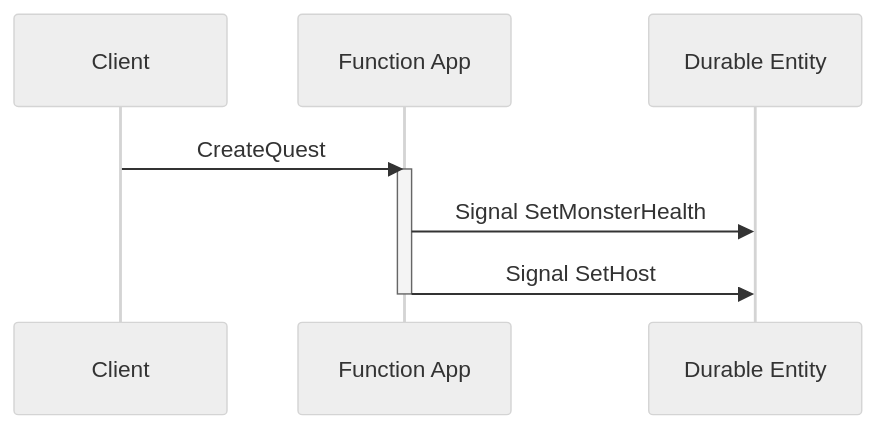
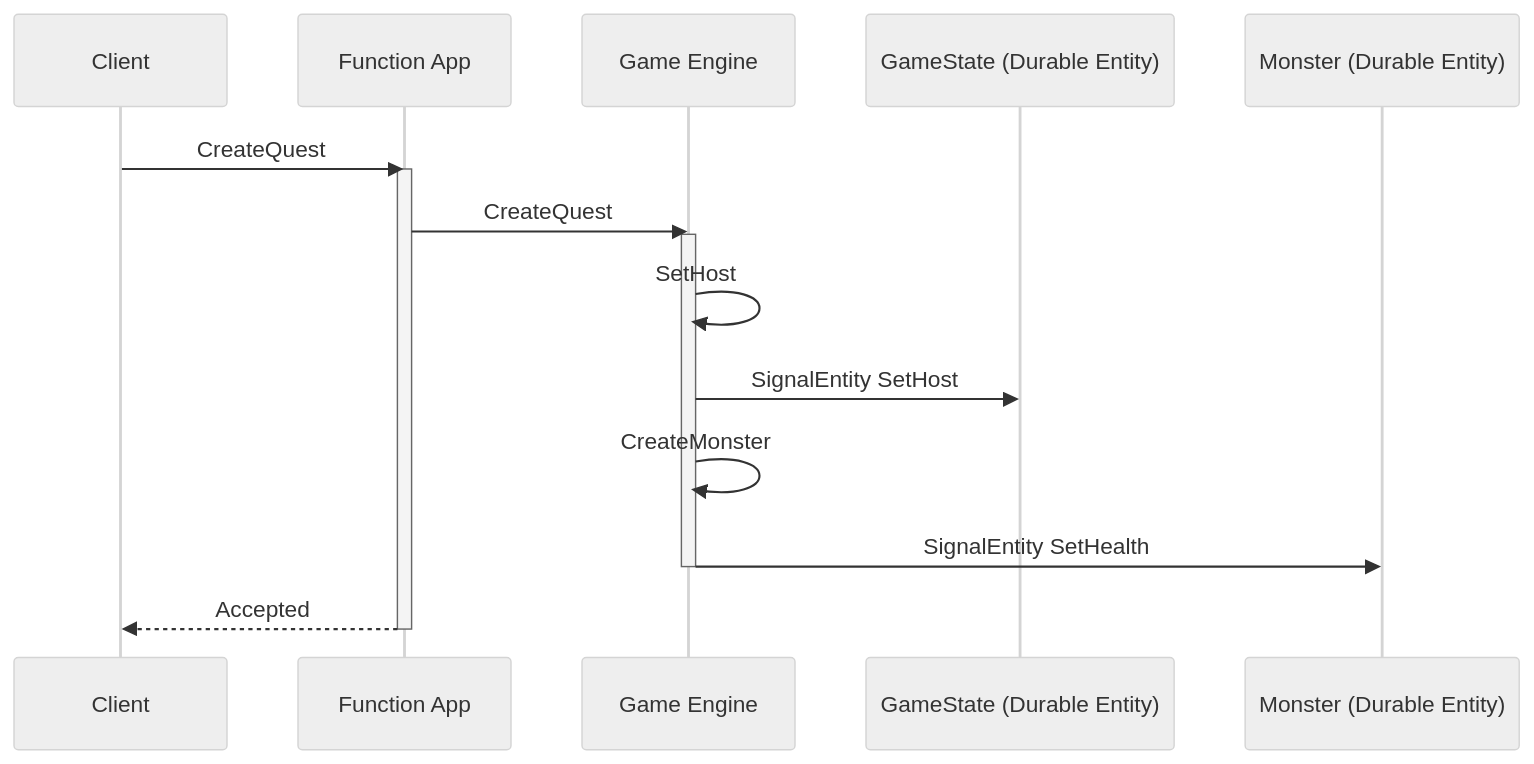
The diagram in docs/CreateQuest.mmd (ably-labs/serverless-websockets-quest), drawn with Mermaid (neutral theme) before and after one commit. The commit also changed 3 other files, not shown here.

Commit message:
Updated diagrams

```diff
--- a/docs/CreateQuest.mmd
+++ b/docs/CreateQuest.mmd
@@ -1,6 +1,12 @@
 sequenceDiagram
   Client ->> Function App: CreateQuest
   activate Function App
-  Function App ->> Durable Entity: Signal SetMonsterHealth
-  Function App ->> Durable Entity: Signal SetHost
+  Function App ->> Game Engine: CreateQuest
+  activate Game Engine
+  Game Engine ->> Game Engine: SetHost
+  Game Engine ->> GameState (Durable Entity): SignalEntity SetHost
+  Game Engine ->> Game Engine: CreateMonster
+  Game Engine ->> Monster (Durable Entity): SignalEntity SetHealth
+  deactivate Game Engine
+  Function App -->> Client: Accepted
   deactivate Function App
```
